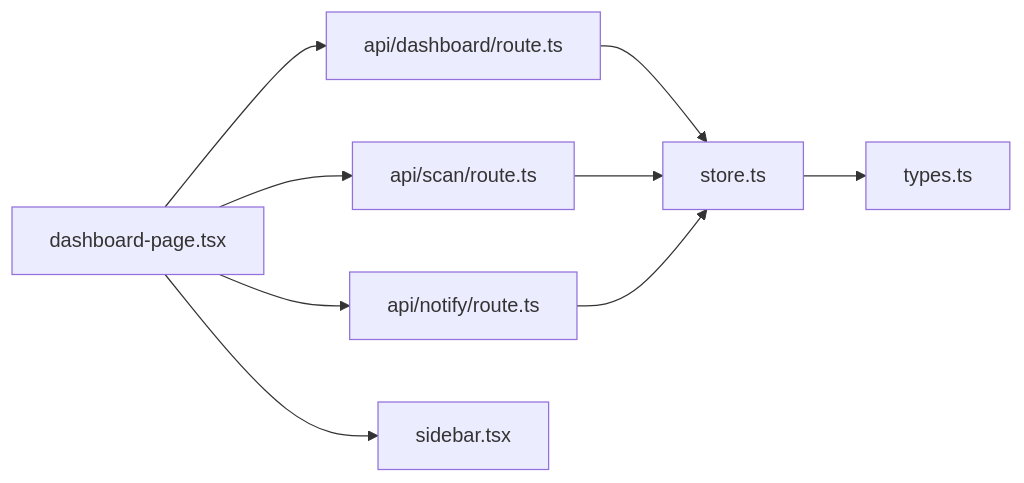
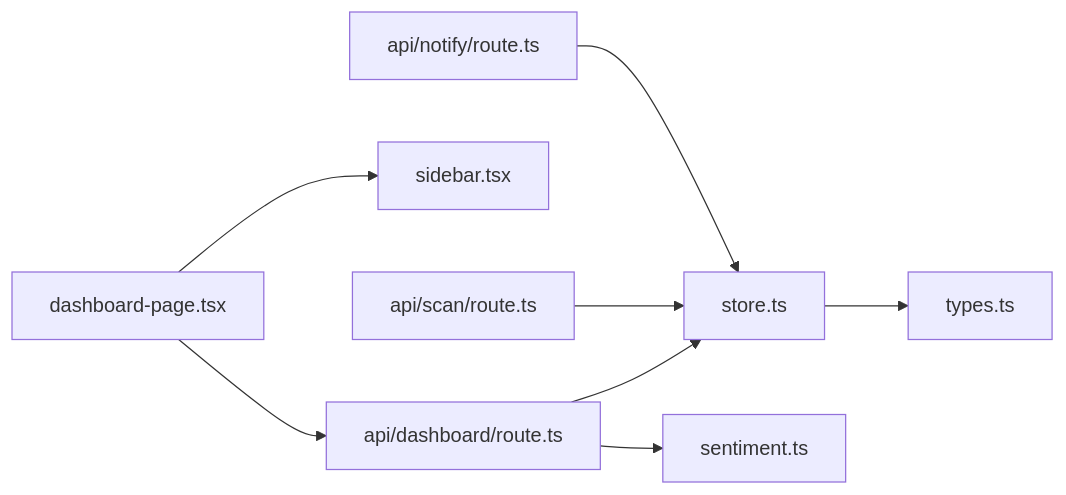
The eighth of 8 diagrams in .qoder/repowiki/zh/content/前端界面/仪表板组件.md (zezzezzez/reddit), drawn with Mermaid before and after one commit. The commit also changed other lines of this file and 21 other files, not shown here.

````diff
--- a/.qoder/repowiki/zh/content/前端界面/仪表板组件.md
+++ b/.qoder/repowiki/zh/content/前端界面/仪表板组件.md
@@ -334,11 +387,10 @@
 ```mermaid
 graph LR
 DP["dashboard-page.tsx"] --> AD["api/dashboard/route.ts"]
-DP --> AS["api/scan/route.ts"]
-DP --> AN["api/notify/route.ts"]
 DP --> SB["sidebar.tsx"]
 AD --> ST["store.ts"]
-AS --> ST
-AN --> ST
+AD --> SN["sentiment.ts"]
+AS["api/scan/route.ts"] --> ST
+AN["api/notify/route.ts"] --> ST
 ST --> TP["types.ts"]
 ```
````
